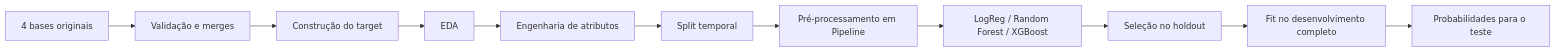
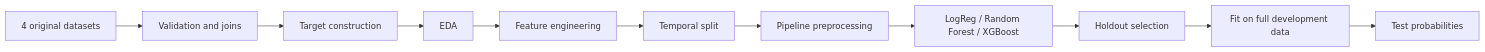
The diagram in README.md (bertolucci-rl/credit-default-risk-modeling), drawn with Mermaid before and after one commit. The commit also changed other lines of this file, not shown here.

````diff
--- a/README.md
+++ b/README.md
@@ -55,13 +55,13 @@
 ```mermaid
 flowchart LR
-    A[4 bases originais] --> B[Validação e merges]
-    B --> C[Construção do target]
+    A[4 original datasets] --> B[Validation and joins]
+    B --> C[Target construction]
     C --> D[EDA]
-    D --> E[Engenharia de atributos]
-    E --> F[Split temporal]
-    F --> G[Pré-processamento em Pipeline]
+    D --> E[Feature engineering]
+    E --> F[Temporal split]
+    F --> G[Pipeline preprocessing]
     G --> H[LogReg / Random Forest / XGBoost]
-    H --> I[Seleção no holdout]
-    I --> J[Fit no desenvolvimento completo]
-    J --> K[Probabilidades para o teste]
+    H --> I[Holdout selection]
+    I --> J[Fit on full development data]
+    J --> K[Test probabilities]
 ```
````
